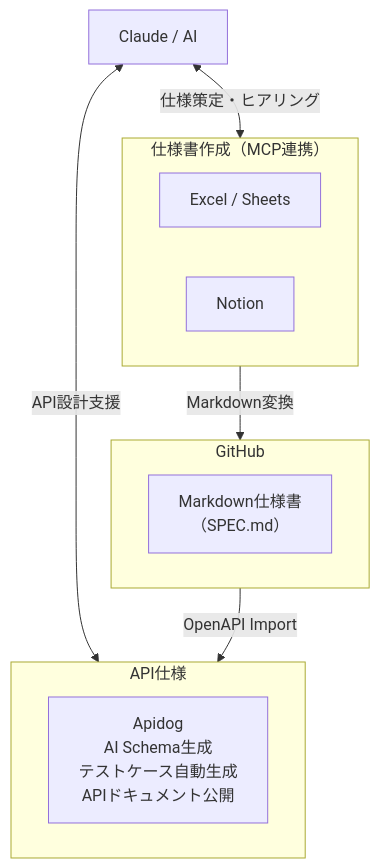
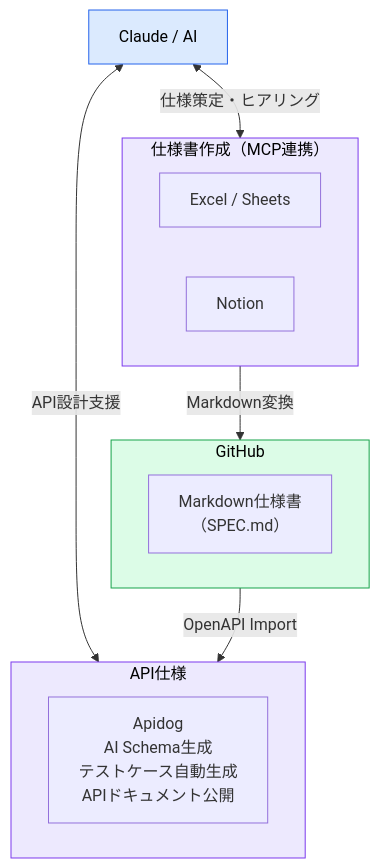
Diagram 12 of 44 in AI駆動開発.md (takuma39/ai), drawn with Mermaid before and after one commit. The commit also changed other lines of this file, not shown here.

````diff
--- a/AI駆動開発.md
+++ b/AI駆動開発.md
@@ -387,22 +404,27 @@
 ```mermaid
 graph TD
     Claude["Claude / AI"]
 
     subgraph specs["仕様書作成（MCP連携）"]
         Excel["Excel / Sheets"]
         NotionTool["Notion"]
     end
 
     subgraph apispec["API仕様"]
         Apidog["Apidog<br/>AI Schema生成<br/>テストケース自動生成<br/>APIドキュメント公開"]
     end
 
     subgraph github["GitHub"]
         MD["Markdown仕様書<br/>（SPEC.md）"]
     end
 
     Claude <-->|"仕様策定・ヒアリング"| specs
     Claude <-->|"API設計支援"| apispec
     specs -->|"Markdown変換"| github
     github -->|"OpenAPI Import"| apispec
+
+    style Claude fill:#dbeafe,stroke:#2563eb,color:#000
+    style specs fill:#ede9fe,stroke:#7c3aed,color:#000
+    style apispec fill:#ede9fe,stroke:#7c3aed,color:#000
+    style github fill:#dcfce7,stroke:#16a34a,color:#000
 ```
````
